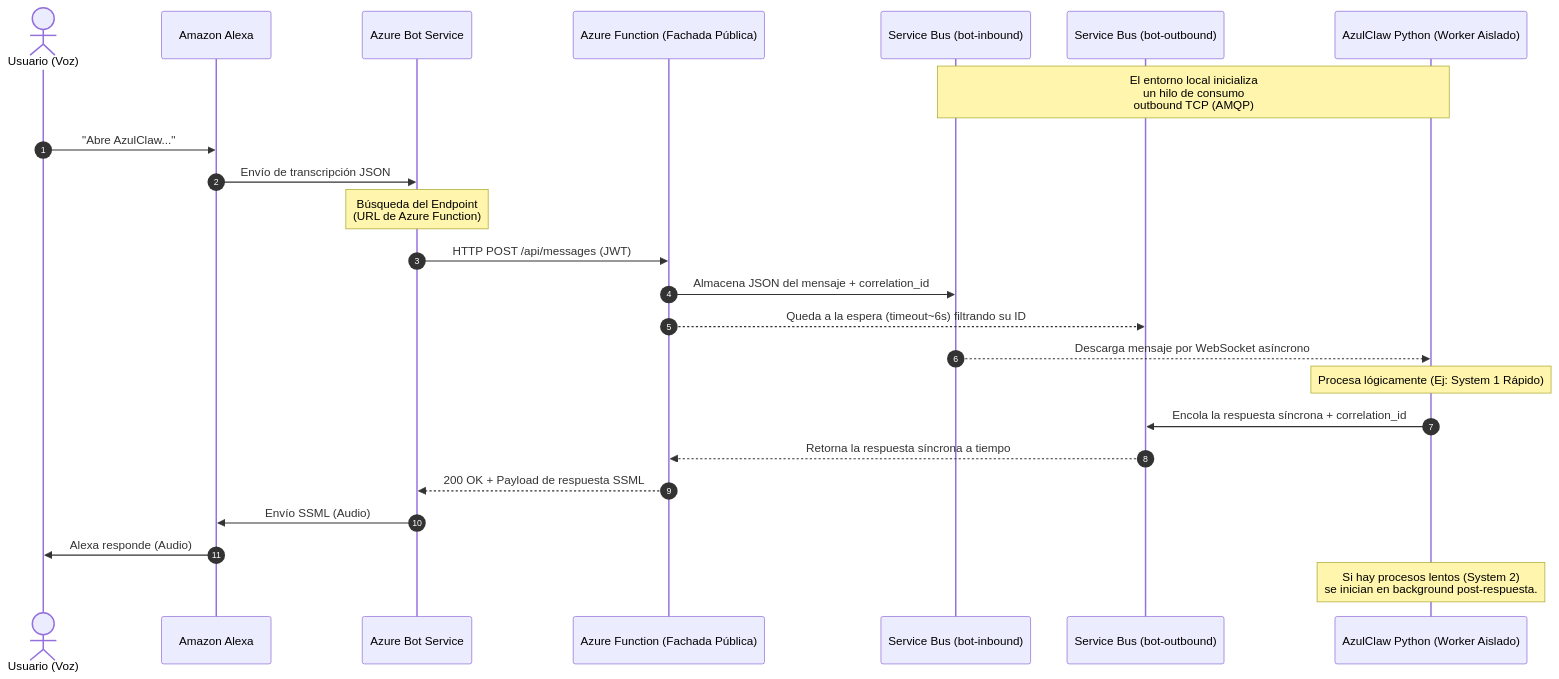
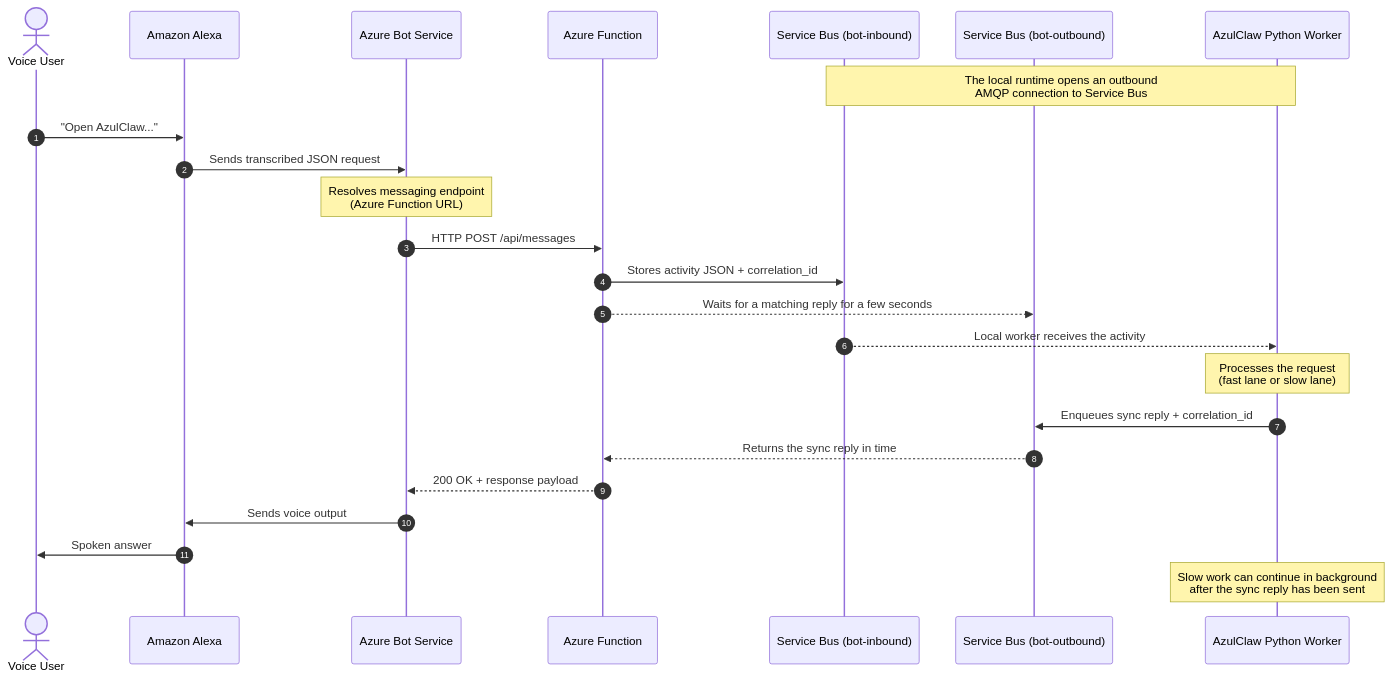
Before and after one commit to Javierif/AzulClaw: the second of 2 diagrams in docs/12_azure_bot_architecture.md, drawn with Mermaid. The commit also changed other lines of this file and 3 other files, not shown here.

Commit message:
feat: update documentation for Azure Bot deployment and architecture

````diff
--- a/docs/12_azure_bot_architecture.md
+++ b/docs/12_azure_bot_architecture.md
@@ -48,29 +51,29 @@
 ```mermaid
 sequenceDiagram
     autonumber
-    actor U as Usuario (Voz)
+    actor U as Voice User
     participant A as Amazon Alexa
     participant B as Azure Bot Service
-    participant F as Azure Function (Fachada Pública)
+    participant F as Azure Function
     participant QI as Service Bus (bot-inbound)
     participant QO as Service Bus (bot-outbound)
-    participant L as AzulClaw Python (Worker Aislado)
+    participant L as AzulClaw Python Worker
     
-    Note over L,QI: El entorno local inicializa<br/>un hilo de consumo<br/>outbound TCP (AMQP)
+    Note over L,QI: The local runtime opens an outbound<br/>AMQP connection to Service Bus
     
-    U->>A: "Abre AzulClaw..."
-    A->>B: Envío de transcripción JSON
-    Note over B: Búsqueda del Endpoint<br/>(URL de Azure Function)
-    B->>F: HTTP POST /api/messages (JWT)
-    F->>QI: Almacena JSON del mensaje + correlation_id
-    F-->>QO: Queda a la espera (timeout~6s) filtrando su ID
-    QI-->>L: Descarga mensaje por WebSocket asíncrono
-    Note over L: Procesa lógicamente (Ej: System 1 Rápido)
-    L->>QO: Encola la respuesta síncrona + correlation_id
-    QO-->>F: Retorna la respuesta síncrona a tiempo
-    F-->>B: 200 OK + Payload de respuesta SSML
-    B->>A: Envío SSML (Audio)
-    A->>U: Alexa responde (Audio)
+    U->>A: "Open AzulClaw..."
+    A->>B: Sends transcribed JSON request
+    Note over B: Resolves messaging endpoint<br/>(Azure Function URL)
+    B->>F: HTTP POST /api/messages
+    F->>QI: Stores activity JSON + correlation_id
+    F-->>QO: Waits for a matching reply for a few seconds
+    QI-->>L: Local worker receives the activity
+    Note over L: Processes the request<br/>(fast lane or slow lane)
+    L->>QO: Enqueues sync reply + correlation_id
+    QO-->>F: Returns the sync reply in time
+    F-->>B: 200 OK + response payload
+    B->>A: Sends voice output
+    A->>U: Spoken answer
     
-    Note over L: Si hay procesos lentos (System 2)<br/>se inician en background post-respuesta.
+    Note over L: Slow work can continue in background<br/>after the sync reply has been sent
 ```
````
